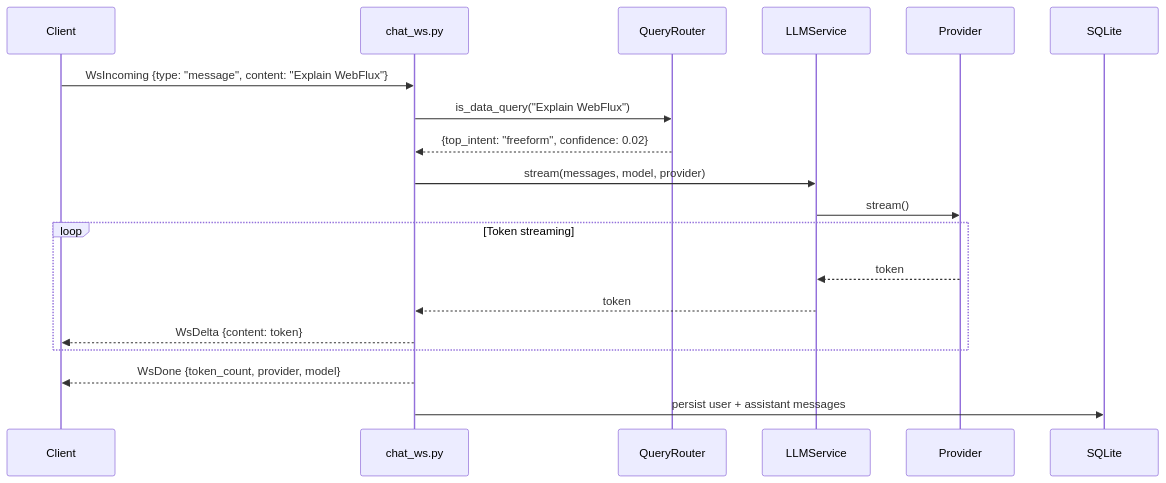
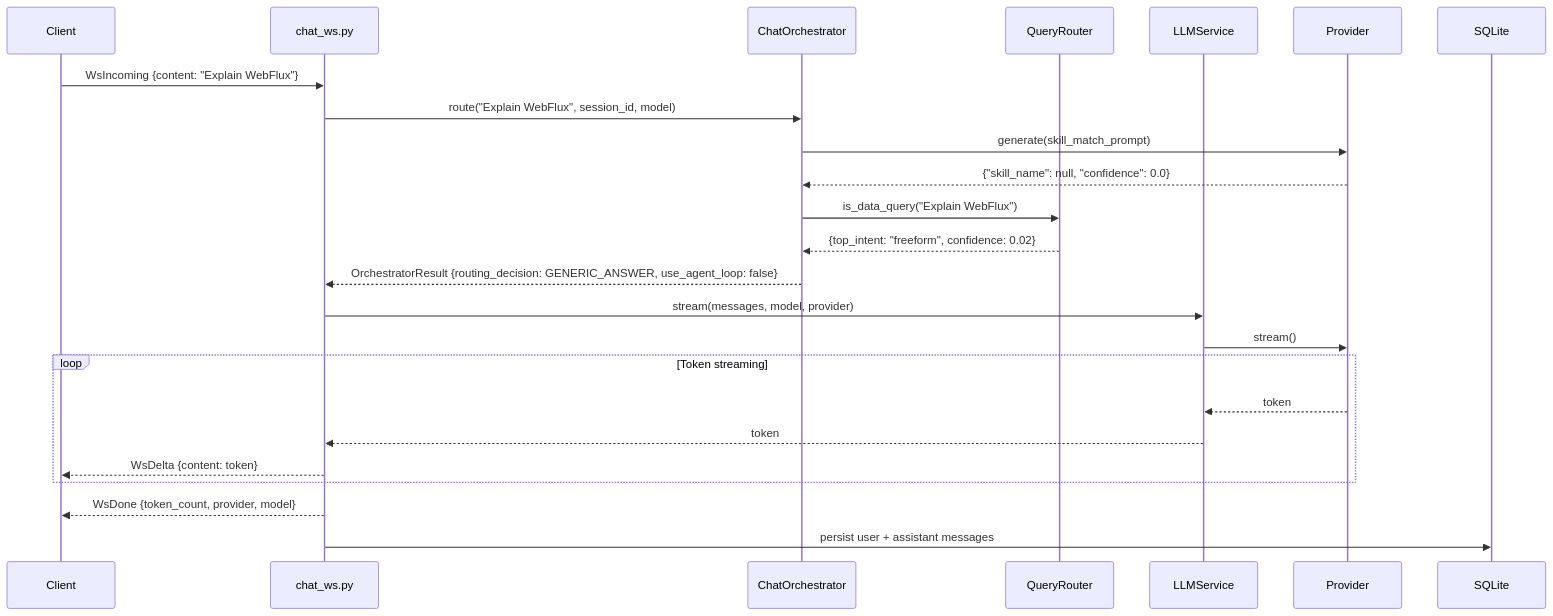
Before and after one commit to LeonardLooi/database_agent: the eighth of 13 diagrams in chatbot/docs/ARCHITECTURE.md, drawn with Mermaid. The commit also changed other lines of this file and 1 other file, not shown here.

````diff
--- a/chatbot/docs/ARCHITECTURE.md
+++ b/chatbot/docs/ARCHITECTURE.md
@@ -440,21 +612,26 @@
 ```mermaid
 sequenceDiagram
     participant Client
     participant WS as chat_ws.py
+    participant CO as ChatOrchestrator
     participant QR as QueryRouter
     participant LLM as LLMService
     participant Provider
 
-    Client->>WS: WsIncoming {type: "message", content: "Explain WebFlux"}
-    WS->>QR: is_data_query("Explain WebFlux")
-    QR-->>WS: {top_intent: "freeform", confidence: 0.02}
+    Client->>WS: WsIncoming {content: "Explain WebFlux"}
+    WS->>CO: route("Explain WebFlux", session_id, model)
+    CO->>Provider: generate(skill_match_prompt)
+    Provider-->>CO: {"skill_name": null, "confidence": 0.0}
+    CO->>QR: is_data_query("Explain WebFlux")
+    QR-->>CO: {top_intent: "freeform", confidence: 0.02}
+    CO-->>WS: OrchestratorResult {routing_decision: GENERIC_ANSWER, use_agent_loop: false}
     WS->>LLM: stream(messages, model, provider)
     LLM->>Provider: stream()
     loop Token streaming
         Provider-->>LLM: token
         LLM-->>WS: token
         WS-->>Client: WsDelta {content: token}
     end
     WS-->>Client: WsDone {token_count, provider, model}
     WS->>SQLite: persist user + assistant messages
 ```
````
